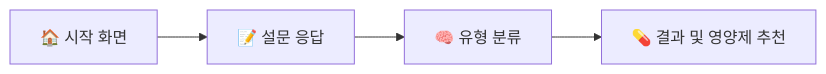
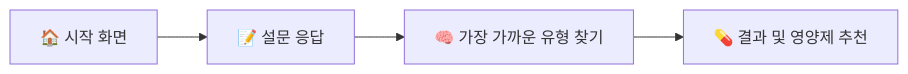
The second of 2 diagrams in README.md (BigskyYang/Matchum), drawn with Mermaid before and after one commit. The commit also changed other lines of this file and 2 other files, not shown here.

````diff
--- a/README.md
+++ b/README.md
@@ -57,4 +41,4 @@
 ```mermaid
 flowchart LR
-    A[🏠 시작 화면] --> B[📝 설문 응답] --> C[🧠 유형 분류] --> D[💊 결과 및 영양제 추천]
+    A[🏠 시작 화면] --> B[📝 설문 응답] --> C[🧠 가장 가까운 유형 찾기] --> D[💊 결과 및 영양제 추천]
 ```
````
